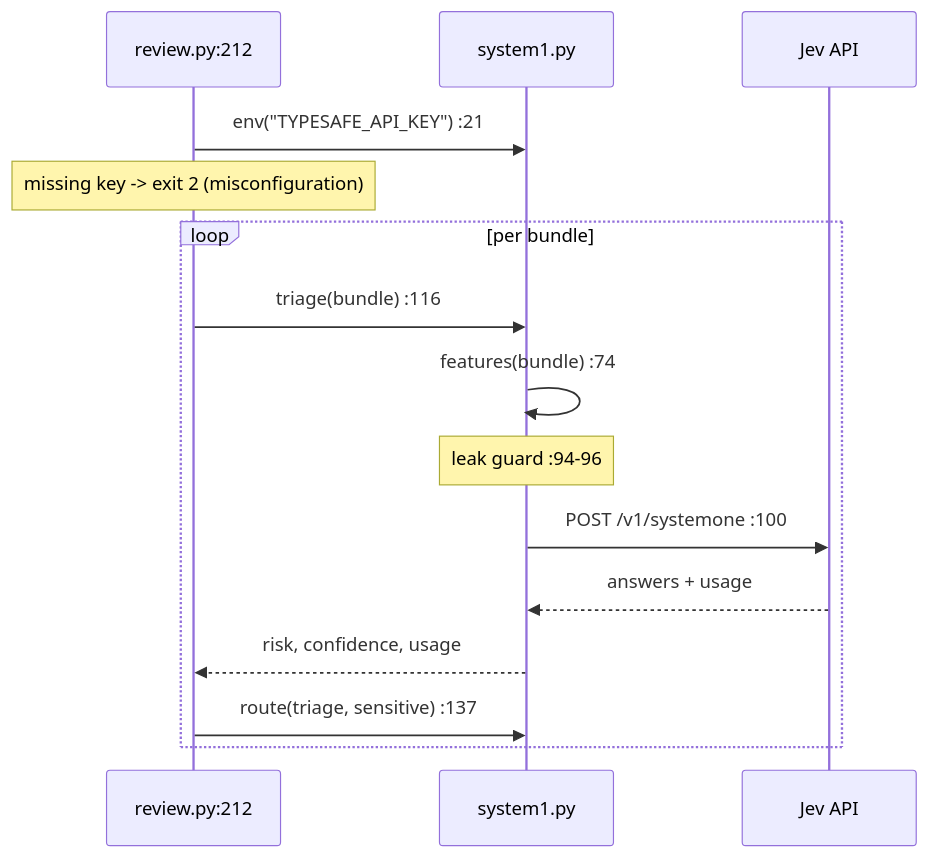
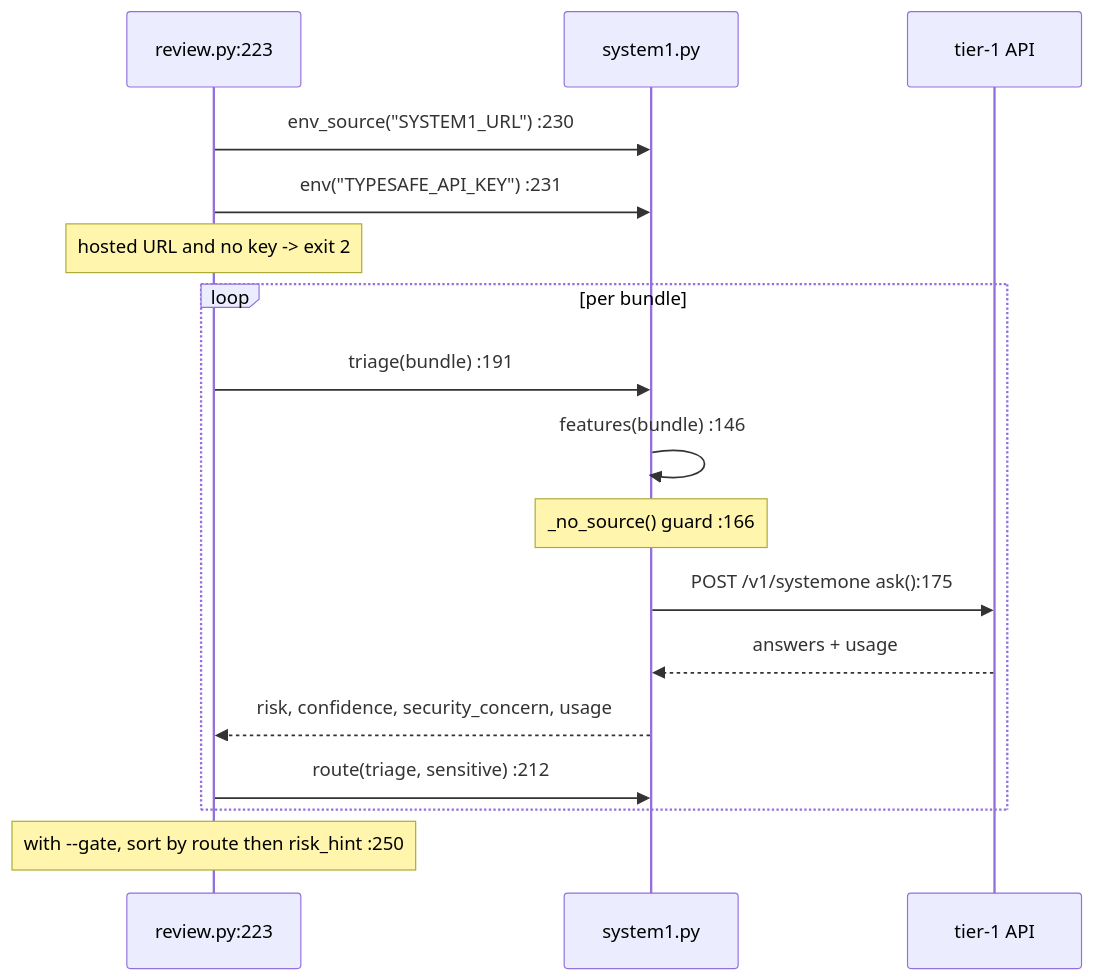
The second of 4 diagrams in docs/call-flow.md (liem18112000/graph-code-review-agent), drawn with Mermaid before and after one commit. The commit also changed other lines of this file and 11 other files, not shown here.

````diff
--- a/docs/call-flow.md
+++ b/docs/call-flow.md
@@ -142,18 +161,20 @@
 ```mermaid
 sequenceDiagram
-    participant R as review.py:212
+    participant R as review.py:223
     participant S as system1.py
-    participant J as Jev API
+    participant J as tier-1 API
 
-    R->>S: env("TYPESAFE_API_KEY") :21
-    Note over R: missing key -> exit 2 (misconfiguration)
+    R->>S: env_source("SYSTEM1_URL") :230
+    R->>S: env("TYPESAFE_API_KEY") :231
+    Note over R: hosted URL and no key -> exit 2
     loop per bundle
-        R->>S: triage(bundle) :116
-        S->>S: features(bundle) :74
-        Note over S: leak guard :94-96
-        S->>J: POST /v1/systemone :100
+        R->>S: triage(bundle) :191
+        S->>S: features(bundle) :146
+        Note over S: _no_source() guard :166
+        S->>J: POST /v1/systemone  ask():175
         J-->>S: answers + usage
-        S-->>R: risk, confidence, usage
-        R->>S: route(triage, sensitive) :137
+        S-->>R: risk, confidence, security_concern, usage
+        R->>S: route(triage, sensitive) :212
     end
+    Note over R: with --gate, sort by route then risk_hint :250
 ```
````
